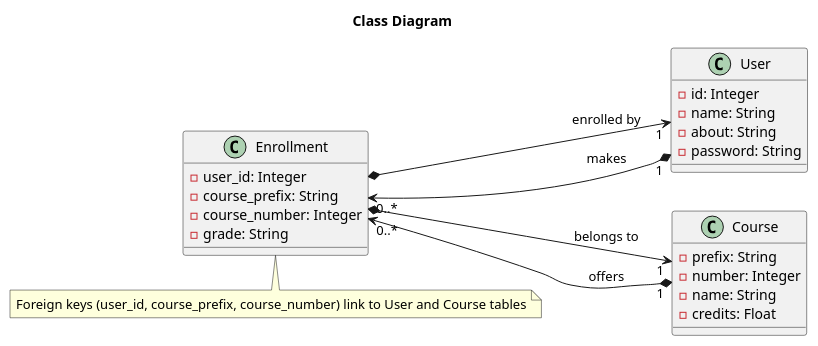
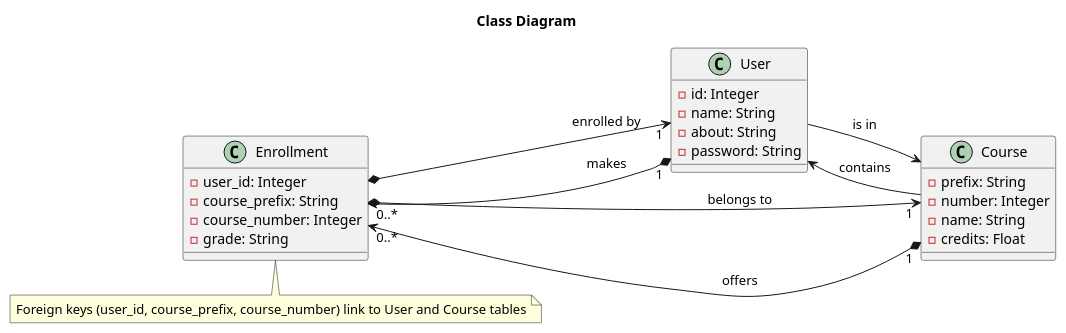
One commit to lunarOntologist/prj-1 changed the diagram in uml/class.wsd. Above: the diagram before and after it, drawn with PlantUML. The commit also changed 1 other file, not shown here.

Commit message:
Update UML

```diff
--- a/uml/class.wsd
+++ b/uml/class.wsd
@@ -1,31 +1,34 @@
 @startuml Class Diagram
 title Class Diagram
 left to right direction
 class User {
     -id: Integer
     -name: String
     -about: String
     -password: String
     }
 
 class Course {
     -prefix: String
     -number: Integer
     -name: String
     -credits: Float
     }
 
 class Enrollment {
     -user_id: Integer
     -course_prefix: String
     -course_number: Integer
     -grade: String
   }
 
   User "1" *--> "0..*" Enrollment : makes
   Course "1" *--> "0..*" Enrollment : offers
   Enrollment *--> "1" Course : belongs to
   Enrollment *--> "1" User : enrolled by
 
+  User --> Course : is in
+  Course --> User : contains
+
   note bottom of Enrollment: Foreign keys (user_id, course_prefix, course_number) link to User and Course tables
 @enduml
```
